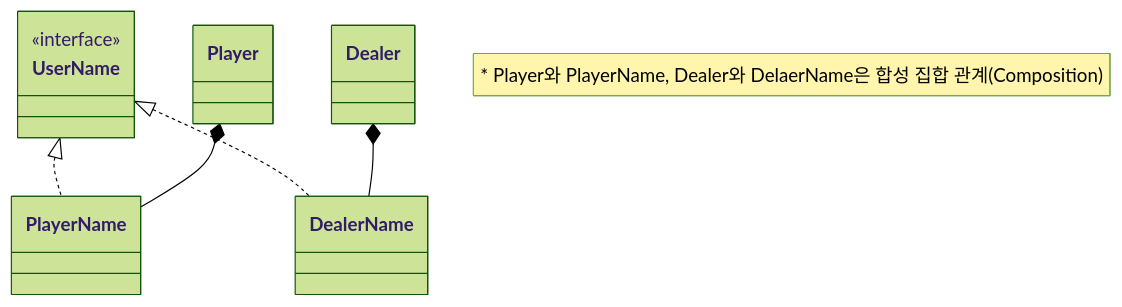
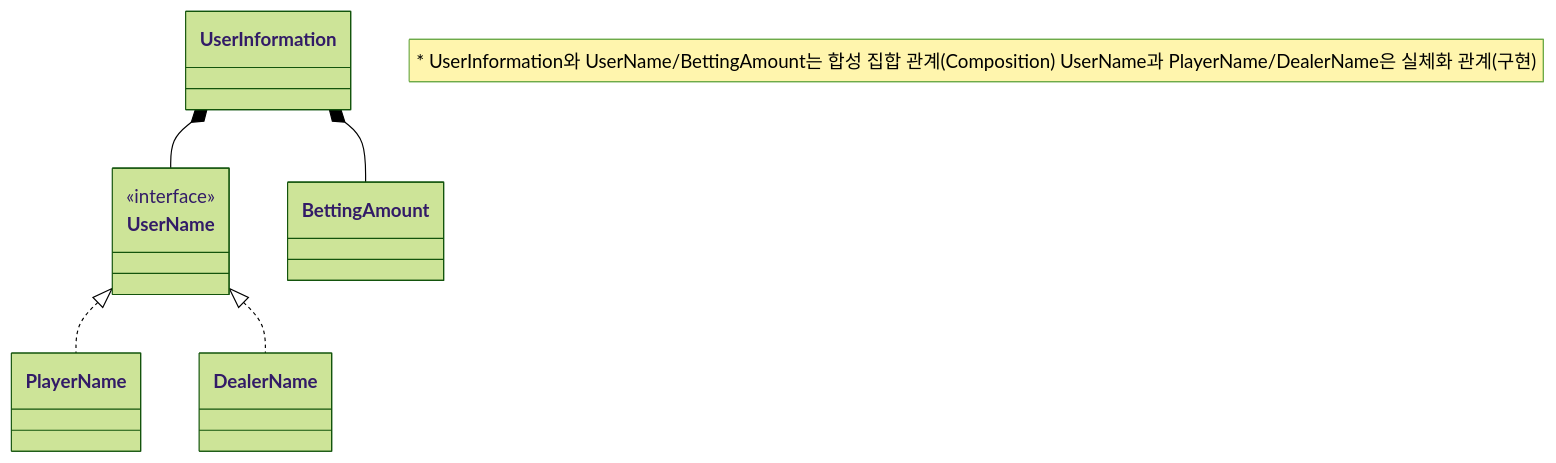
The third of 3 diagrams in README.md (woowacourse/java-blackjack), drawn with Mermaid (forest theme) before and after one commit. The commit also changed other lines of this file, not shown here.

````diff
--- a/README.md
+++ b/README.md
@@ -41,11 +41,10 @@
 ```mermaid
 classDiagram
-    note "* Player와 PlayerName,
-    Dealer와 DelaerName은
-    합성 집합 관계(Composition)"
+    note "* UserInformation와 UserName/BettingAmount는 합성 집합 관계(Composition)
+    UserName과 PlayerName/DealerName은 실체화 관계(구현)"
     UserName <|.. PlayerName
     UserName <|.. DealerName
-    Player *-- PlayerName
-    Dealer *-- DealerName
+    UserInformation *-- UserName
+    UserInformation *-- BettingAmount
     <<interface>> UserName
 ```
````
